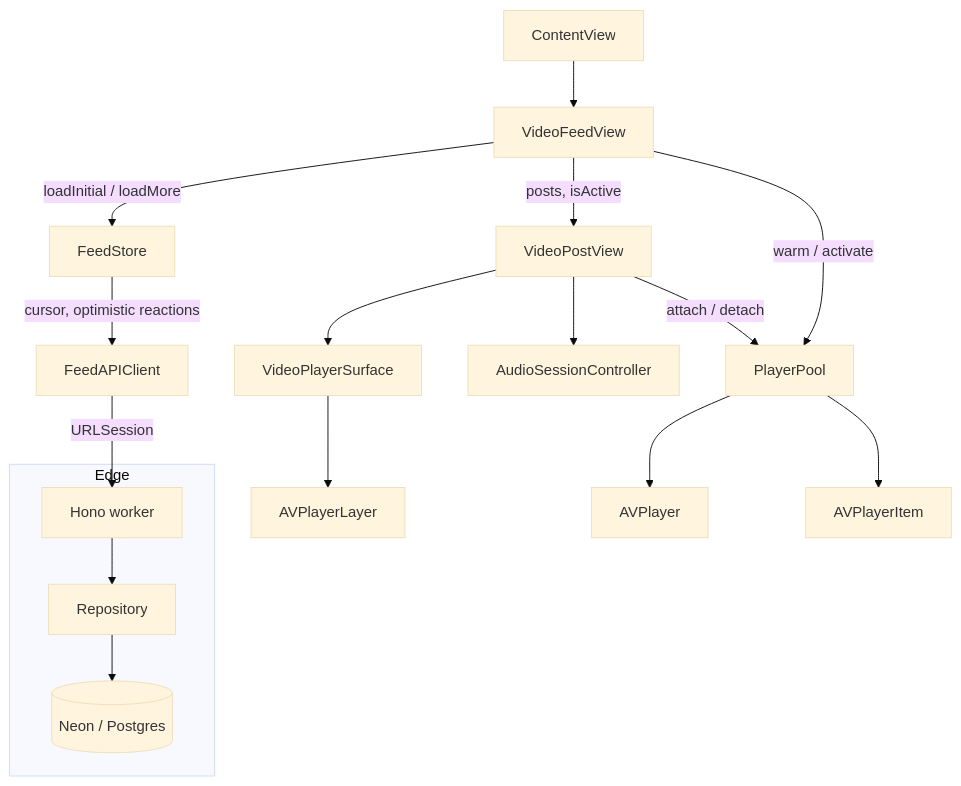
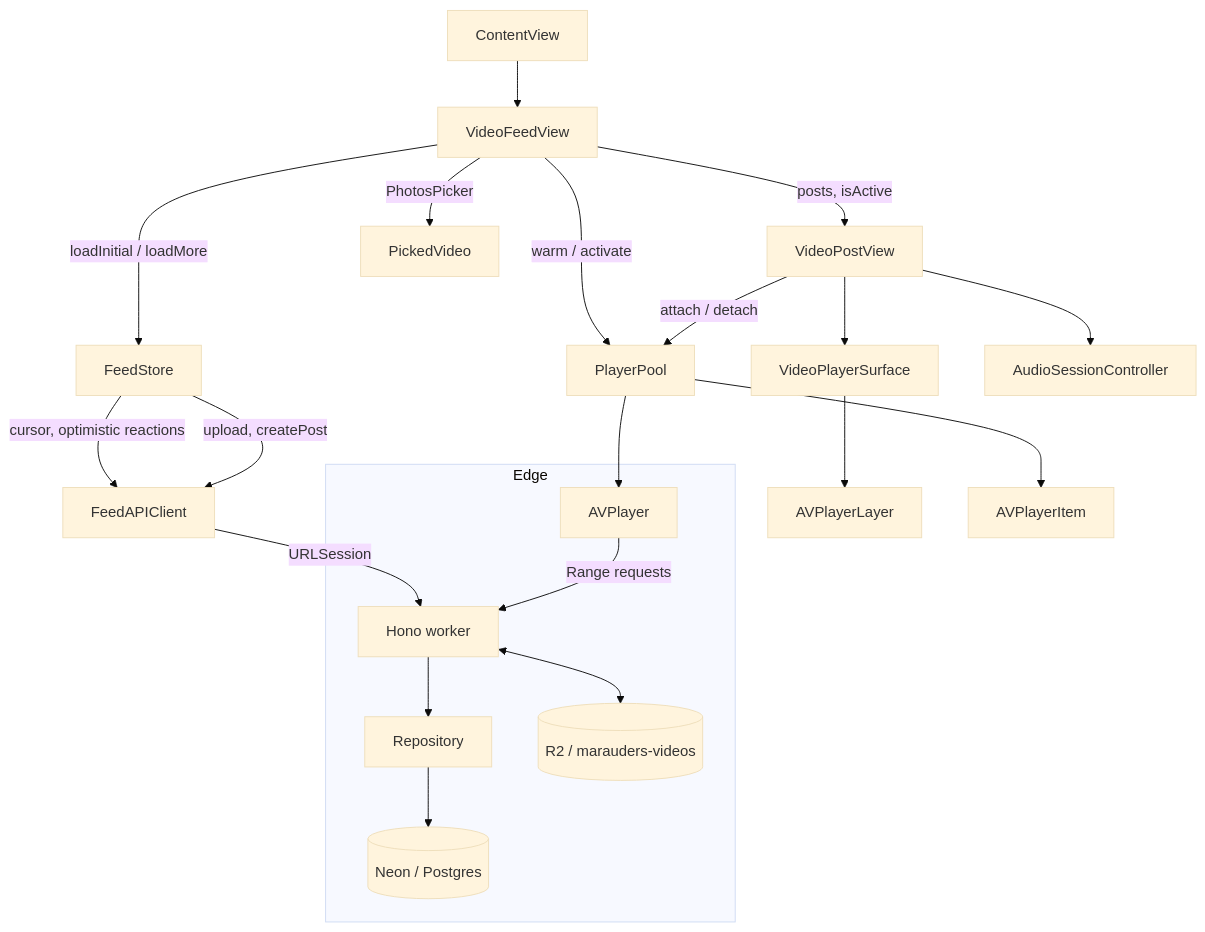
Before and after one commit to SomsakGitHub/marauders: the diagram in README.md, drawn with Mermaid (base theme). The commit also changed other lines of this file and 14 other files, not shown here.

First line of the commit message:
Add video upload from the phone to a private R2 bucket

````diff
--- a/README.md
+++ b/README.md
@@ -39,23 +42,27 @@
 ```mermaid
 flowchart TD
     ContentView --> VideoFeedView
 
     VideoFeedView -->|posts, isActive| VideoPostView
     VideoFeedView -->|loadInitial / loadMore| FeedStore
     VideoFeedView -->|warm / activate| PlayerPool
     VideoPostView -->|attach / detach| PlayerPool
     VideoPostView --> VideoPlayerSurface
     VideoPostView --> AudioSessionController
 
     FeedStore -->|cursor, optimistic reactions| FeedAPIClient
+    VideoFeedView -->|PhotosPicker| PickedVideo
+    FeedStore -->|upload, createPost| FeedAPIClient
     FeedAPIClient -->|URLSession| Worker
 
     VideoPlayerSurface --> AVPlayerLayer
     PlayerPool --> AVPlayer
     PlayerPool --> AVPlayerItem
 
     subgraph Edge
         Worker[Hono worker] --> Repository
         Repository --> Neon[(Neon / Postgres)]
+        Worker <--> Videos[(R2 / marauders-videos)]
+        AVPlayer -->|Range requests| Worker
     end
 ```
````
